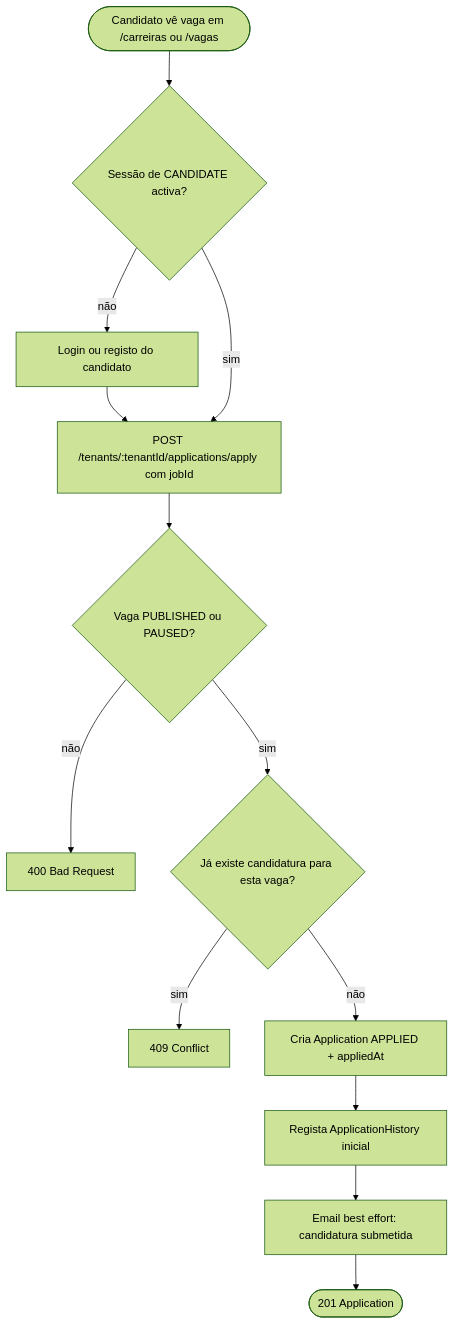
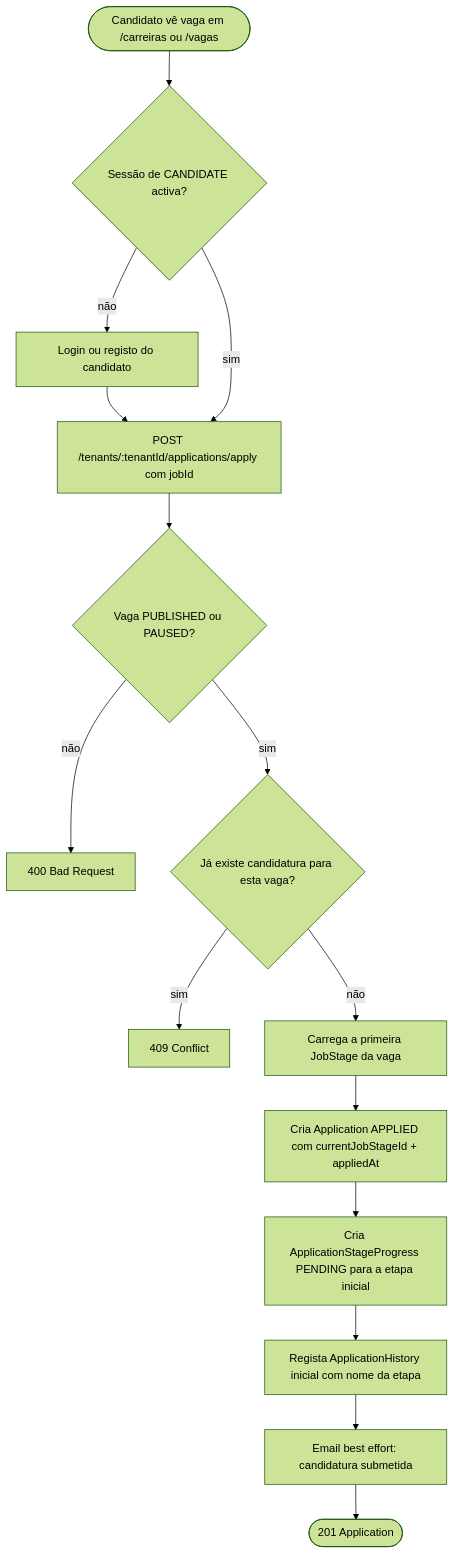
One commit to AndreXime/deploy-talent changed the sixth of 13 diagrams in FLUXOS.md. Above: the diagram before and after it, drawn with Mermaid (forest theme). The commit also changed other lines of this file and 61 other files, not shown here.

````diff
--- a/FLUXOS.md
+++ b/FLUXOS.md
@@ -112,15 +112,17 @@
 ```mermaid
 flowchart TD
     browse([Candidato vê vaga em /carreiras ou /vagas]) --> session{Sessão de CANDIDATE activa?}
     session -- não --> auth[Login ou registo do candidato]
     auth --> apply
     session -- sim --> apply[POST /tenants/:tenantId/applications/apply com jobId]
     apply --> jobOk{Vaga PUBLISHED ou PAUSED?}
     jobOk -- não --> err400[400 Bad Request]
     jobOk -- sim --> dup{Já existe candidatura para esta vaga?}
     dup -- sim --> err409[409 Conflict]
-    dup -- não --> create[Cria Application APPLIED + appliedAt]
-    create --> history[Regista ApplicationHistory inicial]
+    dup -- não --> firstStage[Carrega a primeira JobStage da vaga]
+    firstStage --> create[Cria Application APPLIED com currentJobStageId + appliedAt]
+    create --> progress[Cria ApplicationStageProgress PENDING para a etapa inicial]
+    progress --> history[Regista ApplicationHistory inicial com nome da etapa]
     history --> notify[Email best effort: candidatura submetida]
     notify --> done([201 Application])
 ```
````
